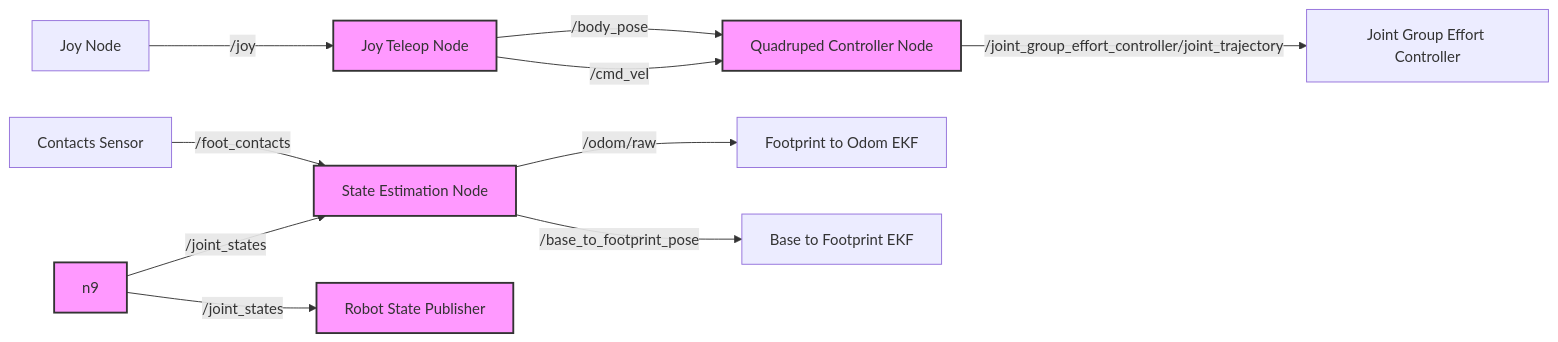
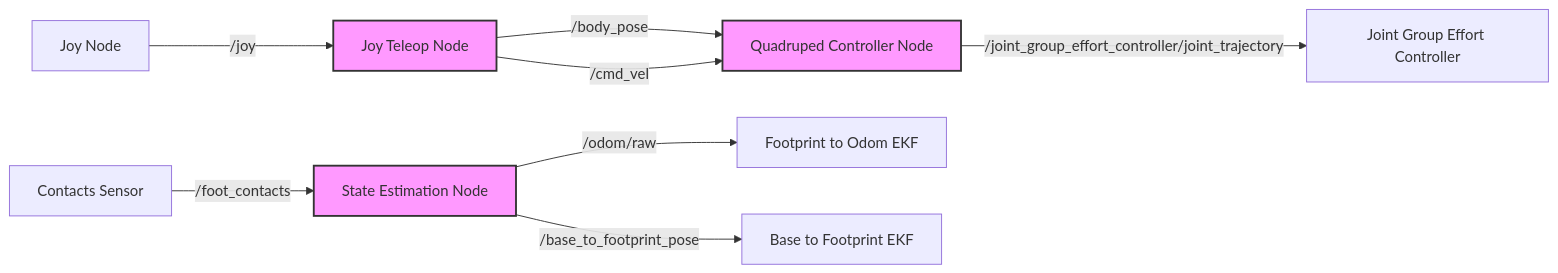
One commit to TheoTime01/Spok--Boston-Dynamics-Spot-inspired-robot changed the fourth of 5 diagrams in README.md. Above: the diagram before and after it, drawn with Mermaid. The commit also changed other lines of this file, not shown here.

````diff
--- a/README.md
+++ b/README.md
@@ -194,15 +194,14 @@
 ```mermaid
 graph LR
     n1[Joy Teleop Node] -- /body_pose --> n2[Quadruped Controller Node]
     n1 -- /cmd_vel --> n2
     n3[Contacts Sensor] -- /foot_contacts --> n4[State Estimation Node]
     n2 -- /joint_group_effort_controller/joint_trajectory --> n5[Joint Group Effort Controller]
     n6[Joy Node] -- /joy --> n1
     n4 -- /odom/raw --> n7[Footprint to Odom EKF]
     n4 -- /base_to_footprint_pose --> n8[Base to Footprint EKF]
-    n9 -- /joint_states --> n4
-    n9 -- /joint_states --> n11[Robot State Publisher]
+
 
     classDef nodeStyle fill:#f9f,stroke:#333,stroke-width:2px;
     class n1,n2,n4,n9,n10,n11,n12,n14,n17,n18 nodeStyle;
 ```
````
